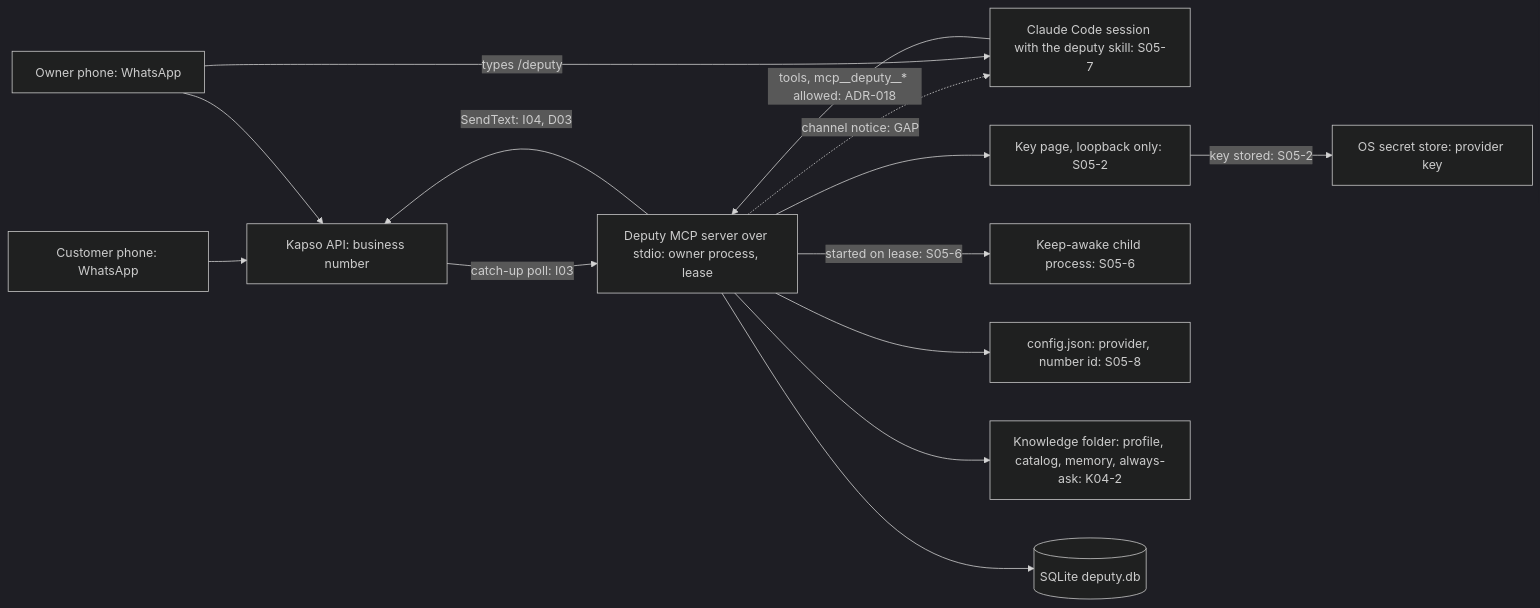
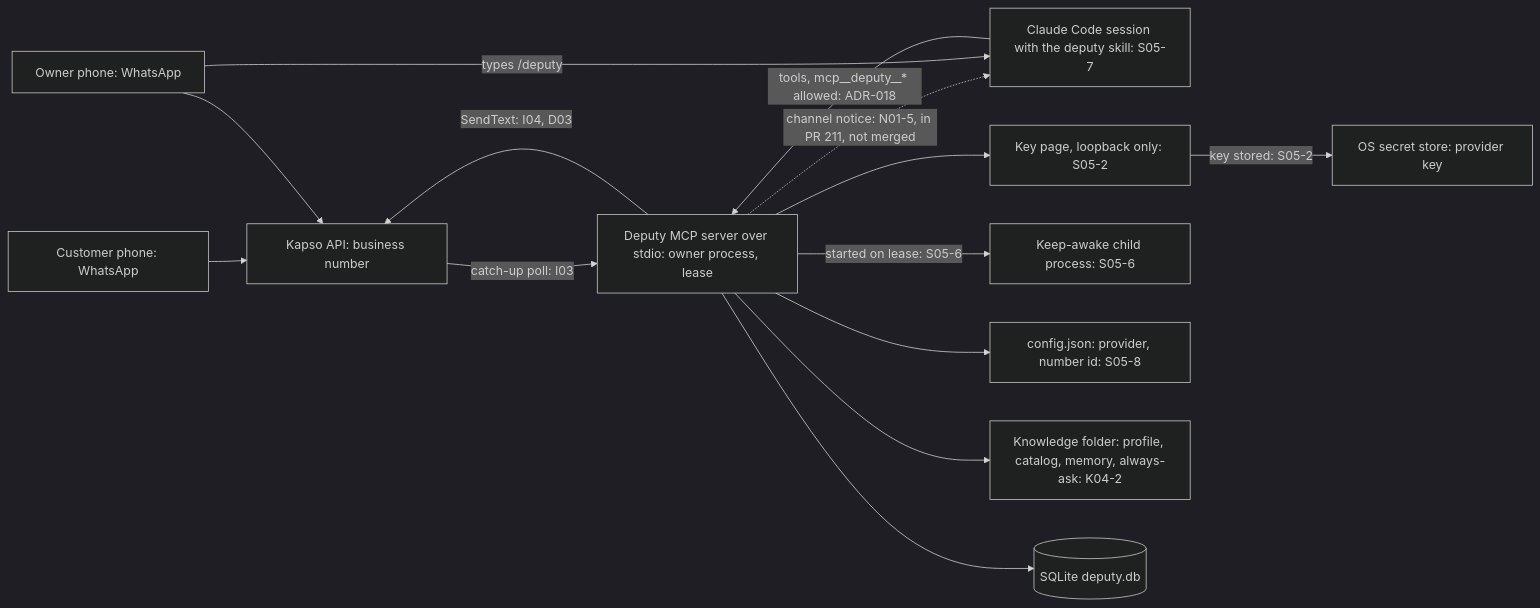
One commit to antonygiomarxdev/deputy changed the first of 15 diagrams in docs/tp-detail/TP-pilot-end-to-end.md. Above: the diagram before and after it, drawn with Mermaid (dark theme). The commit also changed other lines of this file, not shown here.

Commit message:
docs: restart before adoption, GAP marks for wiring, always-ask, counts and consent

````diff
--- a/docs/tp-detail/TP-pilot-end-to-end.md
+++ b/docs/tp-detail/TP-pilot-end-to-end.md
@@ -31,27 +31,27 @@
 ```mermaid
 flowchart LR
   Owner["Owner phone: WhatsApp"]
   Cust["Customer phone: WhatsApp"]
   Kapso["Kapso API: business number"]
   Sess["Claude Code session with the deputy skill: S05-7"]
   MCP["Deputy MCP server over stdio: owner process, lease"]
   KeyPg["Key page, loopback only: S05-2"]
   Awake["Keep-awake child process: S05-6"]
   Sec["OS secret store: provider key"]
   Cfg["config.json: provider, number id: S05-8"]
   Know["Knowledge folder: profile, catalog, memory, always-ask: K04-2"]
   Db[("SQLite deputy.db")]
   Cust --> Kapso
   Owner --> Kapso
   Kapso -->|"catch-up poll: I03"| MCP
   MCP -->|"SendText: I04, D03"| Kapso
   Sess -->|"tools, mcp__deputy__* allowed: ADR-018"| MCP
-  MCP -.->|"channel notice: GAP"| Sess
+  MCP -.->|"channel notice: N01-5, in PR 211, not merged"| Sess
   Owner -->|"types /deputy"| Sess
   MCP --> Db
   MCP --> Know
   MCP --> KeyPg
   KeyPg -->|"key stored: S05-2"| Sec
   MCP --> Cfg
   MCP -->|"started on lease: S05-6"| Awake
 ```
````
